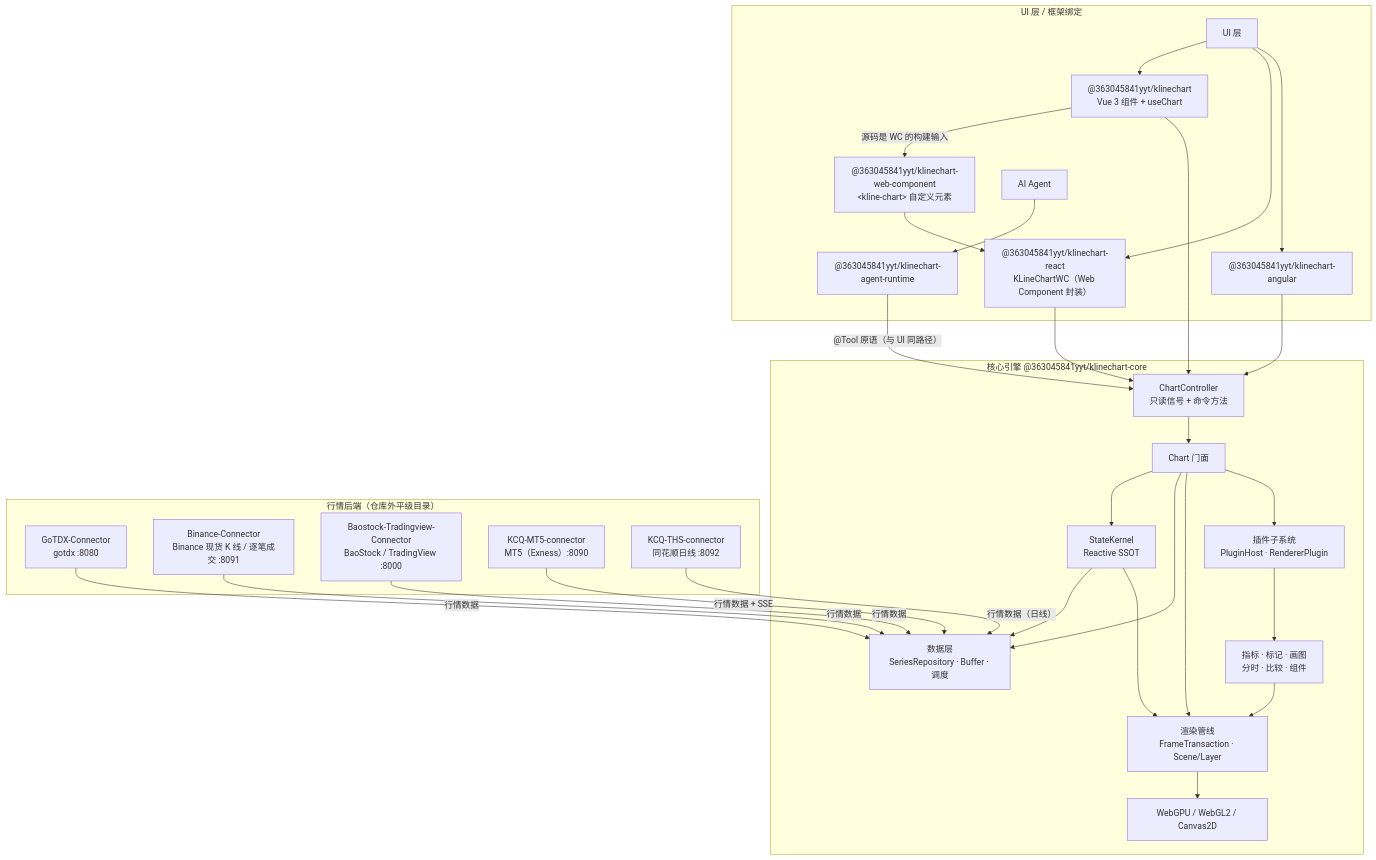
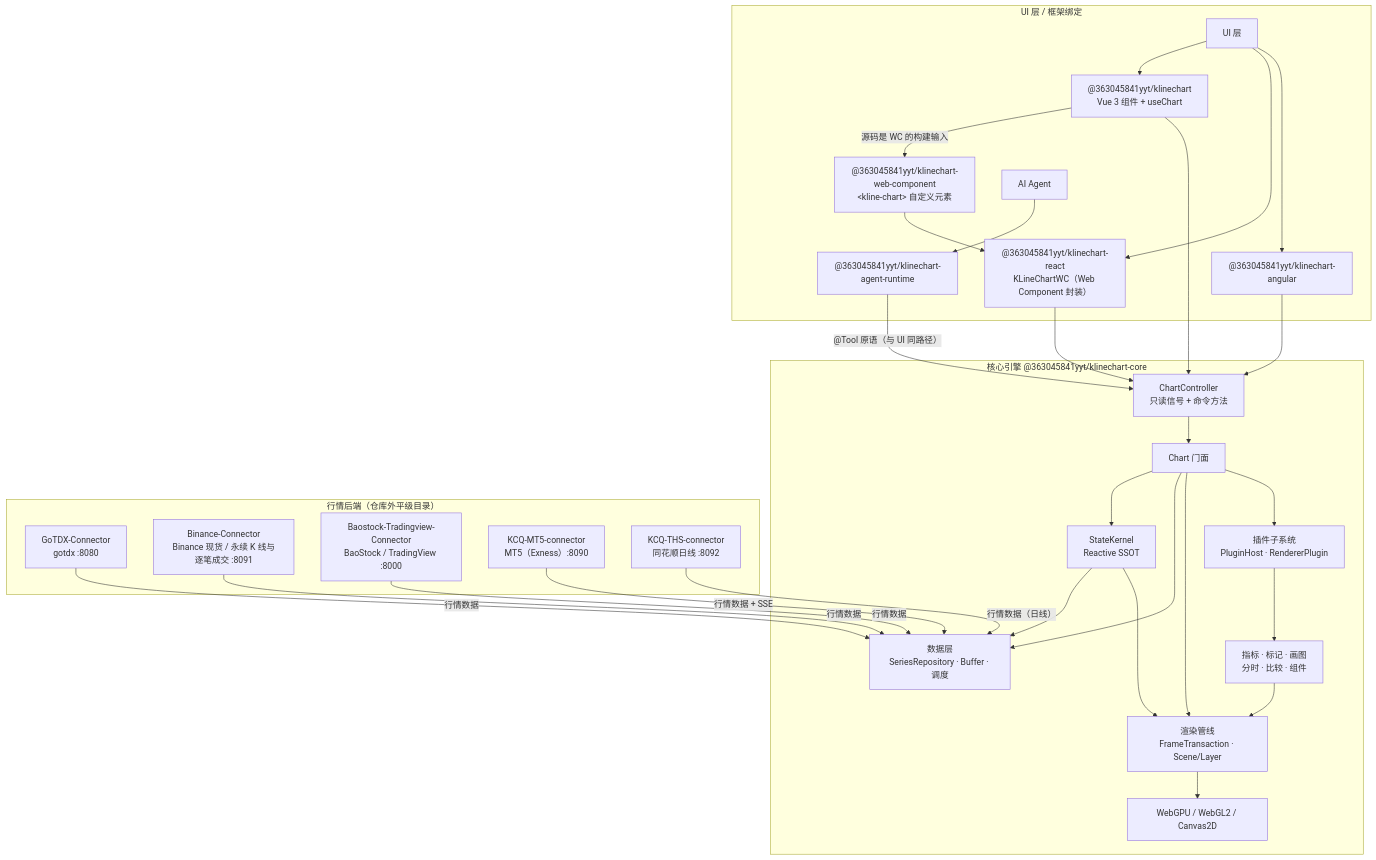
Before and after one commit to 363045841/KLineChartQuant: the diagram in docs/architecture/architecture.md, drawn with Mermaid. The commit also changed other lines of this file and 42 other files, not shown here.

````diff
--- a/docs/architecture/architecture.md
+++ b/docs/architecture/architecture.md
@@ -20,57 +20,57 @@
 ```mermaid
 flowchart TB
     subgraph app["UI 层 / 框架绑定"]
         UI["UI 层"]
         VuePkg["@363045841yyt/klinechart<br/>Vue 3 组件 + useChart"]
         WCPkg["@363045841yyt/klinechart-web-component<br/>&lt;kline-chart&gt; 自定义元素"]
         ReactPkg["@363045841yyt/klinechart-react<br/>KLineChartWC（Web Component 封装）"]
         AngularPkg["@363045841yyt/klinechart-angular"]
         Agent["AI Agent"]
         AgentRt["@363045841yyt/klinechart-agent-runtime"]
     end
 
     subgraph core["核心引擎 @363045841yyt/klinechart-core"]
         Ctl["ChartController<br/>只读信号 + 命令方法"]
         Chart["Chart 门面"]
         Kernel["StateKernel<br/>Reactive SSOT"]
         Data["数据层<br/>SeriesRepository · Buffer · 调度"]
         Pipe["渲染管线<br/>FrameTransaction · Scene/Layer"]
         GPU["WebGPU / WebGL2 / Canvas2D"]
         Plugin["插件子系统<br/>PluginHost · RendererPlugin"]
         Biz["指标 · 标记 · 画图<br/>分时 · 比较 · 组件"]
     end
 
     subgraph conn["行情后端（仓库外平级目录）"]
         Go["GoTDX-Connector<br/>gotdx :8080"]
-        Bn["Binance-Connector<br/>Binance 现货 K 线 / 逐笔成交 :8091"]
+        Bn["Binance-Connector<br/>Binance 现货 / 永续 K 线与逐笔成交 :8091"]
         Bs["Baostock-Tradingview-Connector<br/>BaoStock / TradingView :8000"]
         Mt["KCQ-MT5-connector<br/>MT5（Exness）:8090"]
         Th["KCQ-THS-connector<br/>同花顺日线 :8092"]
     end
 
     UI --> VuePkg
     UI --> ReactPkg
     UI --> AngularPkg
     VuePkg -->|"源码是 WC 的构建输入"| WCPkg
     WCPkg --> ReactPkg
     Agent --> AgentRt
     VuePkg --> Ctl
     ReactPkg --> Ctl
     AngularPkg --> Ctl
     AgentRt -->|"@Tool 原语（与 UI 同路径）"| Ctl
     Ctl --> Chart
     Chart --> Kernel
     Chart --> Data
     Chart --> Pipe
     Chart --> Plugin
     Plugin --> Biz
     Biz --> Pipe
     Pipe --> GPU
     Go -->|行情数据| Data
     Bn -->|行情数据| Data
     Bs -->|行情数据| Data
     Mt -->|"行情数据 + SSE"| Data
     Th -->|"行情数据（日线）"| Data
     Kernel --> Data
     Kernel --> Pipe
 ```
````
